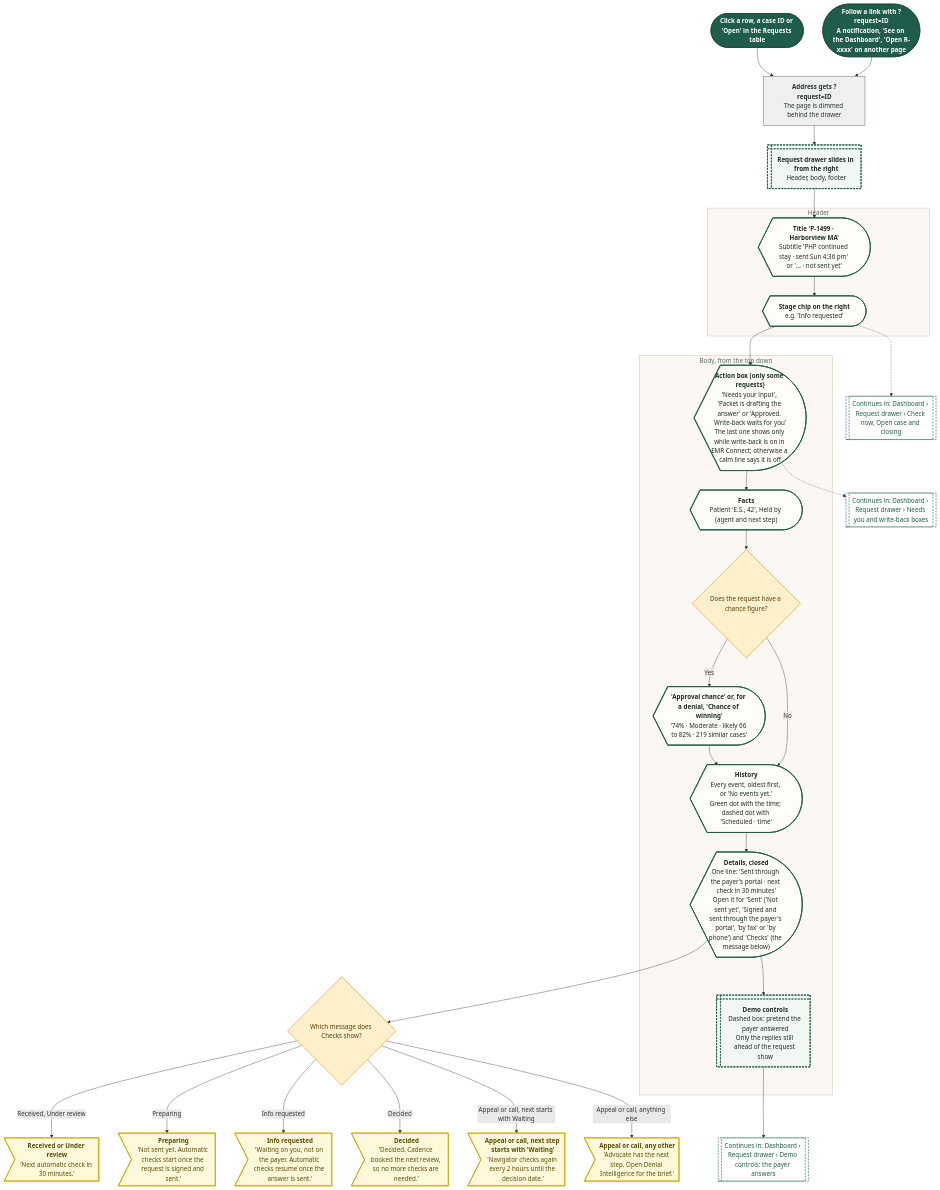
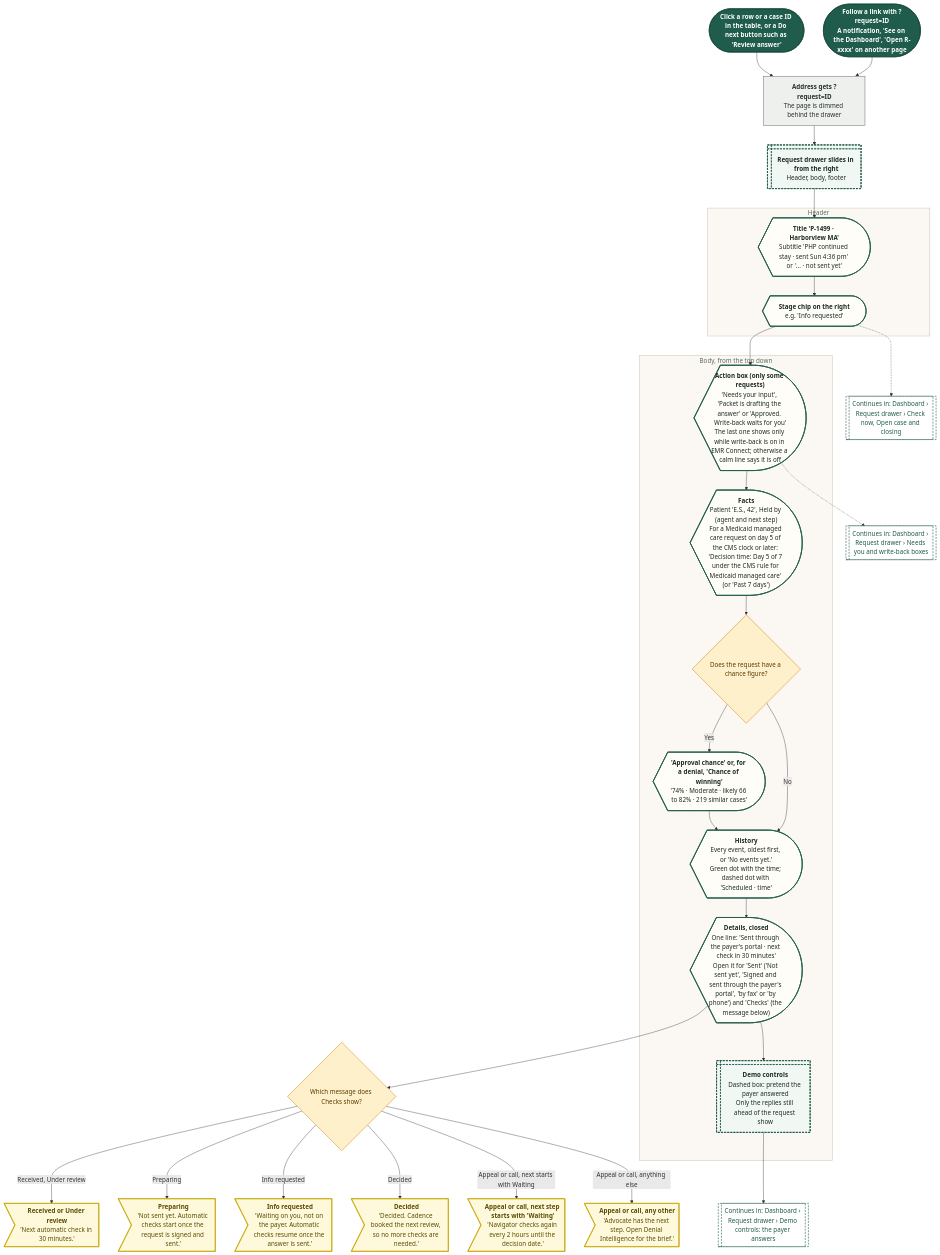
Diagram 15 of 21 in demos/prior-auth-demo/workflows/out/md/02-dashboard.md (Shrav143/psyfloapp), drawn with Mermaid before and after one commit. The commit also changed other lines of this file and 251 other files, not shown here.

First line of the commit message:
docs: rebuild the workflow diagrams (291) for round 4

````diff
--- a/demos/prior-auth-demo/workflows/out/md/02-dashboard.md
+++ b/demos/prior-auth-demo/workflows/out/md/02-dashboard.md
@@ -802,73 +1022,73 @@
 ```mermaid
 %%{init: {"theme":"base","themeVariables":{"fontFamily":"'DM Sans', 'Segoe UI', system-ui, sans-serif","fontSize":"15px","lineColor":"#5B6B63","primaryTextColor":"#1C2B25","clusterBkg":"#FBF8F3","clusterBorder":"#D9CDBB","edgeLabelBackground":"#FFFFFF"},"flowchart":{"curve":"basis","nodeSpacing":36,"rankSpacing":48,"padding":12,"htmlLabels":true,"useMaxWidth":false,"wrappingWidth":230}} }%%
 flowchart TD
   classDef k_start fill:#1F5C4B,stroke:#174638,color:#FFFFFF,stroke-width:1.5px,font-weight:600
   classDef k_end fill:#DDEFE3,stroke:#2E7D4F,color:#14502F,stroke-width:1.5px,font-weight:600
   classDef k_endx fill:#FBE3E0,stroke:#C0392B,color:#7A1F16,stroke-width:1.5px,font-weight:600
   classDef k_screen fill:#FFFDF8,stroke:#1F5C4B,color:#1C2B25,stroke-width:2px
   classDef k_overlay fill:#F1F7F3,stroke:#1F5C4B,color:#1C2B25,stroke-width:2px,stroke-dasharray:5 3
   classDef k_click fill:#DCEBFA,stroke:#2F6DB5,color:#12365F,stroke-width:1.5px
   classDef k_input fill:#E4E7FF,stroke:#4C5FD5,color:#1D2670,stroke-width:1.5px
   classDef k_process fill:#EEF0EE,stroke:#7A857F,color:#26302B,stroke-width:1.5px
   classDef k_agent fill:#EEE5FA,stroke:#7A4FC2,color:#341A63,stroke-width:1.5px
   classDef k_decision fill:#FFF0CC,stroke:#D9962B,color:#5C3B00,stroke-width:1.5px
   classDef k_store fill:#D5F0EA,stroke:#1C8E7B,color:#0B4A3F,stroke-width:1.5px
   classDef k_doc fill:#F6E9DC,stroke:#B07A4C,color:#4A2E14,stroke-width:1.5px
   classDef k_ext fill:#FFE6D2,stroke:#E07B39,color:#6B2F06,stroke-width:1.5px
   classDef k_wait fill:#E4E8EE,stroke:#6B7C93,color:#26303D,stroke-width:1.5px
   classDef k_toast fill:#FFF9DB,stroke:#C9A400,color:#5A4A00,stroke-width:1.5px
   classDef k_goto fill:#FFFFFF,stroke:#1F5C4B,color:#1F5C4B,stroke-width:1.5px,stroke-dasharray:5 3
-  s1@{ shape: stadium, label: "Click a row, a case ID or 'Open' in the Requests table" }
+  s1@{ shape: stadium, label: "Click a row or a case ID in the table, or a Do next button such as 'Review answer'" }
   s2@{ shape: stadium, label: "<b>Follow a link with ?request=ID</b><br/>A notification, 'See on the Dashboard', 'Open R-xxxx' on another page" }
   p1@{ shape: rect, label: "<b>Address gets ?request=ID</b><br/>The page is dimmed behind the drawer" }
   o1@{ shape: win-pane, label: "<b>Request drawer slides in from the right</b><br/>Header, body, footer" }
   subgraph gHead ["Header"]
   h1@{ shape: curv-trap, label: "<b>Title 'P-1499 · Harborview MA'</b><br/>Subtitle 'PHP continued stay · sent Sun 4:36 pm' or '... · not sent yet'" }
   h2@{ shape: curv-trap, label: "<b>Stage chip on the right</b><br/>e.g. 'Info requested'" }
   end
   subgraph gBody ["Body, from the top down"]
   b1@{ shape: curv-trap, label: "<b>Action box (only some requests)</b><br/>'Needs your input', 'Packet is drafting the answer' or 'Approved. Write-back waits for you'<br/>The last one shows only while write-back is on in EMR Connect; otherwise a calm line says it is off" }
-  b2@{ shape: curv-trap, label: "<b>Facts</b><br/>Patient 'E.S., 42', Held by (agent and next step)" }
+  b2@{ shape: curv-trap, label: "<b>Facts</b><br/>Patient 'E.S., 42', Held by (agent and next step)<br/>For a Medicaid managed care request on day 5 of the CMS clock or later: 'Decision time: Day 5 of 7 under the CMS rule for Medicaid managed care' (or 'Past 7 days')" }
   d1@{ shape: diam, label: "Does the request have a chance figure?" }
   b3@{ shape: curv-trap, label: "<b>'Approval chance' or, for a denial, 'Chance of winning'</b><br/>'74% · Moderate · likely 66 to 82% · 219 similar cases'" }
   b5@{ shape: curv-trap, label: "<b>History</b><br/>Every event, oldest first, or 'No events yet.'<br/>Green dot with the time; dashed dot with 'Scheduled · time'" }
   b6@{ shape: curv-trap, label: "<b>Details, closed</b><br/>One line: 'Sent through the payer's portal · next check in 30 minutes'<br/>Open it for 'Sent' ('Not sent yet', 'Signed and sent through the payer's portal', 'by fax' or 'by phone') and 'Checks' (the message below)" }
   b7@{ shape: win-pane, label: "<b>Demo controls</b><br/>Dashed box: pretend the payer answered<br/>Only the replies still ahead of the request show" }
   end
   d2@{ shape: diam, label: "Which message does Checks show?" }
   m1@{ shape: odd, label: "<b>Received or Under review</b><br/>'Next automatic check in 30 minutes.'" }
   m2@{ shape: odd, label: "<b>Preparing</b><br/>'Not sent yet. Automatic checks start once the request is signed and sent.'" }
   m3@{ shape: odd, label: "<b>Info requested</b><br/>'Waiting on you, not on the payer. Automatic checks resume once the answer is sent.'" }
   m4@{ shape: odd, label: "<b>Decided</b><br/>'Decided. Cadence booked the next review, so no more checks are needed.'" }
   m5@{ shape: odd, label: "<b>Appeal or call, next step starts with 'Waiting'</b><br/>'Navigator checks again every 2 hours until the decision date.'" }
   m6@{ shape: odd, label: "<b>Appeal or call, any other</b><br/>'Advocate has the next step. Open Denial Intelligence for the brief.'" }
   g1@{ shape: subproc, label: "Continues in: Dashboard › Request drawer › Needs you and write-back boxes" }
   g2@{ shape: subproc, label: "Continues in: Dashboard › Request drawer › Demo controls: the payer answers" }
   g3@{ shape: subproc, label: "Continues in: Dashboard › Request drawer › Check now, Open case and closing" }
   s1 --> p1
   s2 --> p1
   p1 --> o1 --> h1 --> h2
   h2 --> b1 --> b2 --> d1
   d1 -->|"Yes"| b3 --> b5
   d1 -->|"No"| b5
   b5 --> b6 --> d2
   d2 -->|"Received, Under review"| m1
   d2 -->|"Preparing"| m2
   d2 -->|"Info requested"| m3
   d2 -->|"Decided"| m4
   d2 -->|"Appeal or call, next starts with Waiting"| m5
   d2 -->|"Appeal or call, anything else"| m6
   b6 --> b7
   b1 -.-> g1
   b7 --> g2
   h2 -.-> g3
   class s1,s2 k_start
   class p1 k_process
   class o1,b7 k_overlay
   class h1,h2,b1,b2,b3,b5,b6 k_screen
   class d1,d2 k_decision
   class m1,m2,m3,m4,m5,m6 k_toast
   class g1,g2,g3 k_goto
   style gHead fill:#FBF8F3,stroke:#D9CDBB,stroke-width:1.5px,color:#5B6B63
   style gBody fill:#FBF8F3,stroke:#D9CDBB,stroke-width:1.5px,color:#5B6B63
 ```
````
